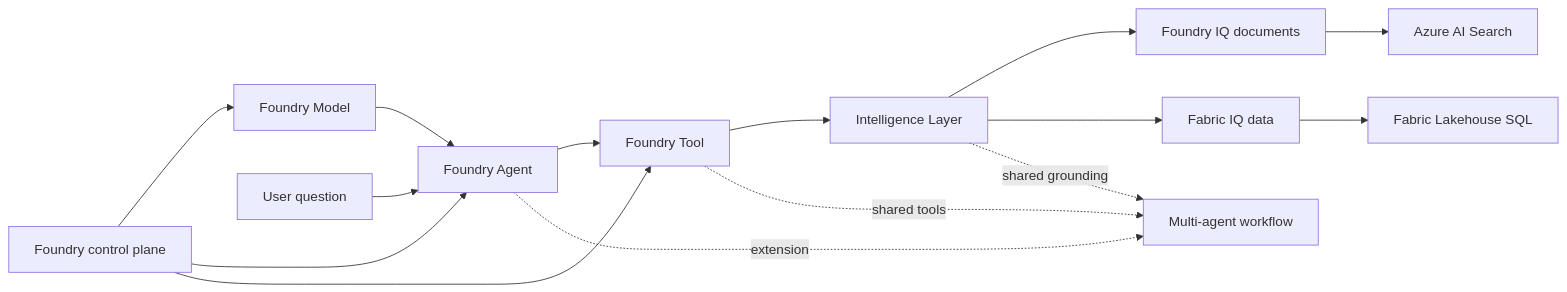
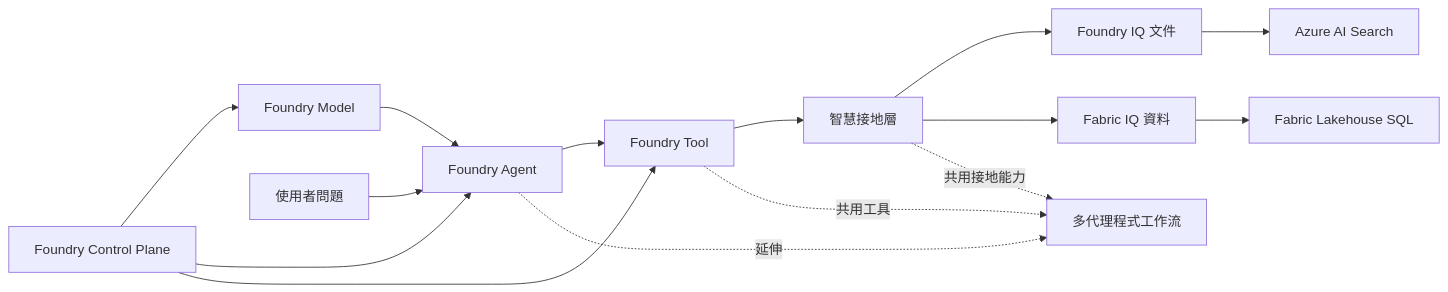
Before and after one commit to payton-chou-ms/e2e-ms-foundry-workshop: the diagram in workshop/docs/03-understand/index.md, drawn with Mermaid. The commit also changed other lines of this file and 43 other files, not shown here.

````diff
--- a/workshop/docs/03-understand/index.md
+++ b/workshop/docs/03-understand/index.md
@@ -22,17 +22,17 @@
 ```mermaid
 flowchart LR
-    C[Foundry control plane] --> M[Foundry Model]
+    C[Foundry Control Plane] --> M[Foundry Model]
     C --> A[Foundry Agent]
     C --> T[Foundry Tool]
     M --> A
     A --> T
-    T --> IQ[Intelligence Layer]
-    IQ --> FIQ[Foundry IQ documents]
-    IQ --> DB[Fabric IQ data]
+    T --> IQ[智慧接地層]
+    IQ --> FIQ[Foundry IQ 文件]
+    IQ --> DB[Fabric IQ 資料]
     FIQ --> S[Azure AI Search]
     DB --> L[Fabric Lakehouse SQL]
-    A -. extension .-> MA[Multi-agent workflow]
-    T -. shared tools .-> MA
-    IQ -. shared grounding .-> MA
-    U[User question] --> A
+    A -. 延伸 .-> MA[多代理程式工作流]
+    T -. 共用工具 .-> MA
+    IQ -. 共用接地能力 .-> MA
+    U[使用者問題] --> A
 ```
````
